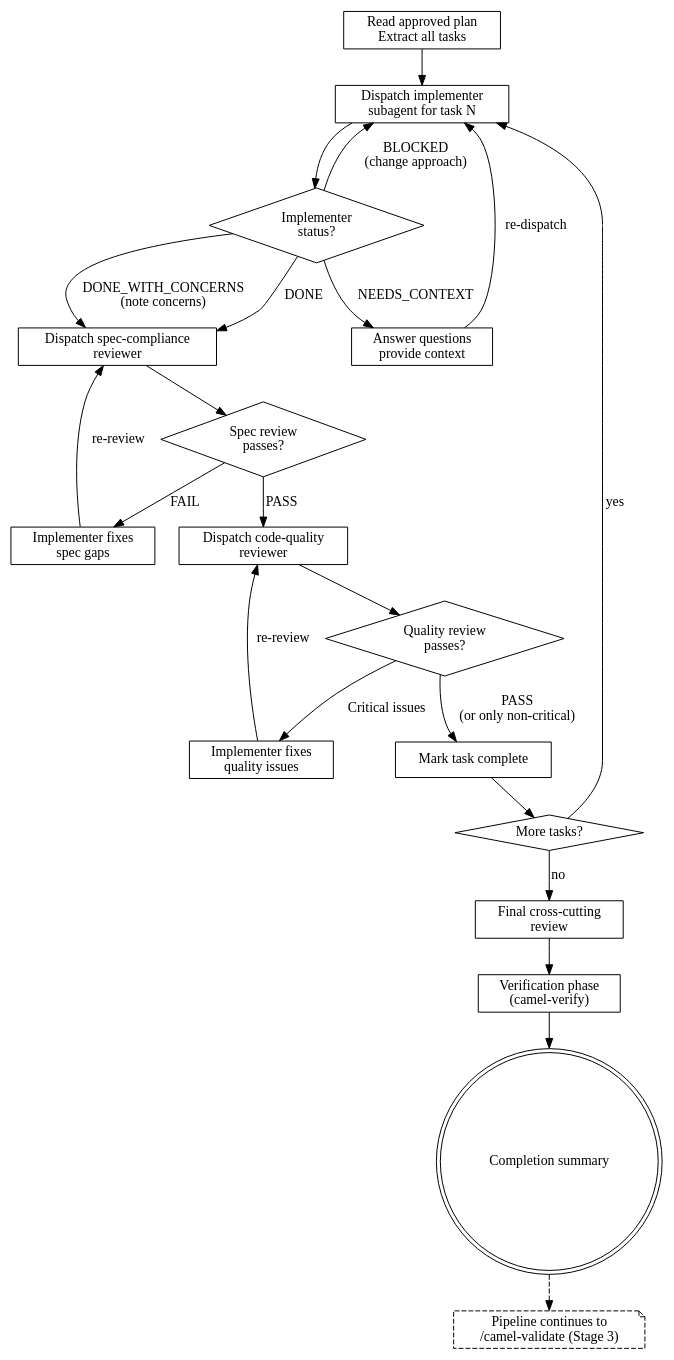
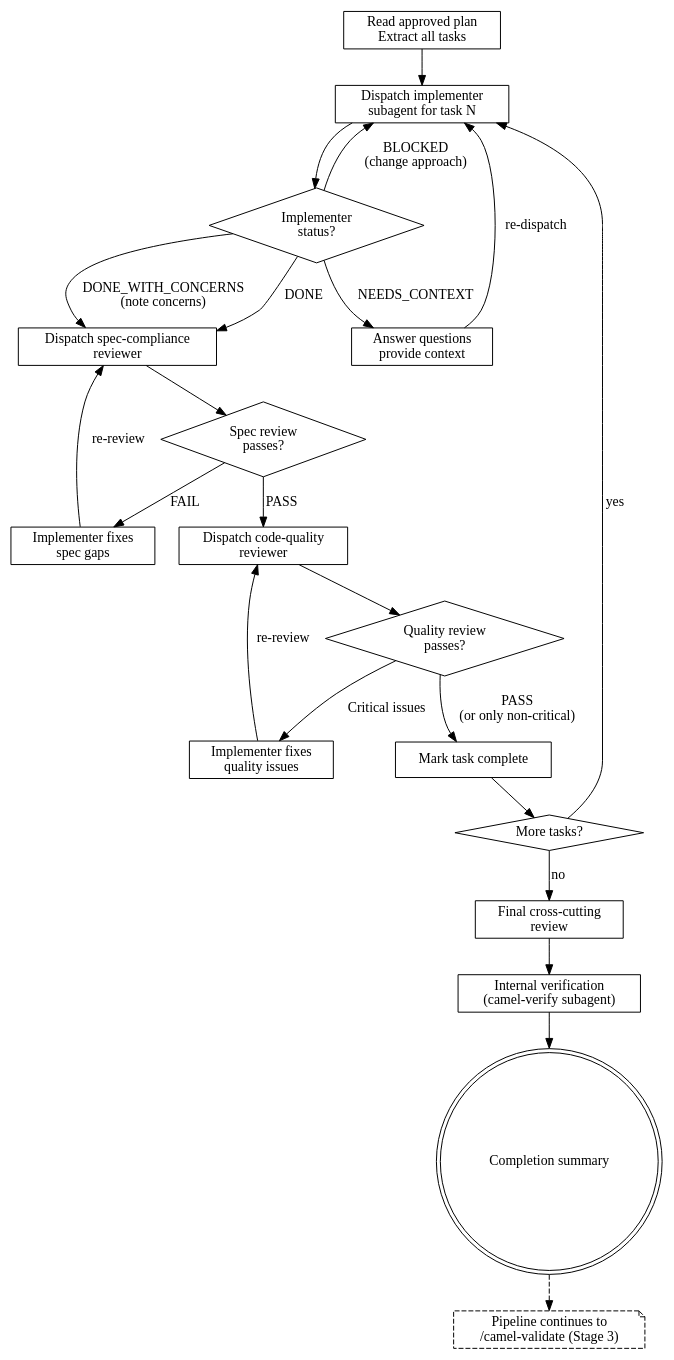
The diagram in camel-kit-core/src/main/resources/skills/camel-execute/SKILL.md (luigidemasi/camel-kit), drawn with Graphviz before and after one commit. The commit also changed 4 other files, not shown here.

````diff
--- a/camel-kit-core/src/main/resources/skills/camel-execute/SKILL.md
+++ b/camel-kit-core/src/main/resources/skills/camel-execute/SKILL.md
@@ -25,50 +25,50 @@
 ```dot
 digraph execute {
     rankdir=TB;
     
     start [label="Read approved plan\nExtract all tasks", shape=box];
     dispatch [label="Dispatch implementer\nsubagent for task N", shape=box];
     impl_status [label="Implementer\nstatus?", shape=diamond];
     answer_q [label="Answer questions\nprovide context", shape=box];
     
     spec_review [label="Dispatch spec-compliance\nreviewer", shape=box];
     spec_pass [label="Spec review\npasses?", shape=diamond];
     spec_fix [label="Implementer fixes\nspec gaps", shape=box];
     
     quality_review [label="Dispatch code-quality\nreviewer", shape=box];
     quality_pass [label="Quality review\npasses?", shape=diamond];
     quality_fix [label="Implementer fixes\nquality issues", shape=box];
     
     mark_done [label="Mark task complete", shape=box];
     more [label="More tasks?", shape=diamond];
     final [label="Final cross-cutting\nreview", shape=box];
-    verify [label="Verification phase\n(camel-verify)", shape=box];
+    verify [label="Internal verification\n(camel-verify subagent)", shape=box];
     done [label="Completion summary", shape=doublecircle];
     next [label="Pipeline continues to\n/camel-validate (Stage 3)", shape=note, style=dashed];
     
     start -> dispatch;
     dispatch -> impl_status;
     impl_status -> answer_q [label="NEEDS_CONTEXT"];
     answer_q -> dispatch [label="re-dispatch"];
     impl_status -> spec_review [label="DONE"];
     impl_status -> spec_review [label="DONE_WITH_CONCERNS\n(note concerns)"];
     impl_status -> dispatch [label="BLOCKED\n(change approach)"];
     
     spec_review -> spec_pass;
     spec_pass -> spec_fix [label="FAIL"];
     spec_fix -> spec_review [label="re-review"];
     spec_pass -> quality_review [label="PASS"];
     
     quality_review -> quality_pass;
     quality_pass -> quality_fix [label="Critical issues"];
     quality_fix -> quality_review [label="re-review"];
     quality_pass -> mark_done [label="PASS\n(or only non-critical)"];
     
     mark_done -> more;
     more -> dispatch [label="yes"];
     more -> final [label="no"];
     final -> verify;
     verify -> done;
     done -> next [style=dashed];
 }
 ```
````
